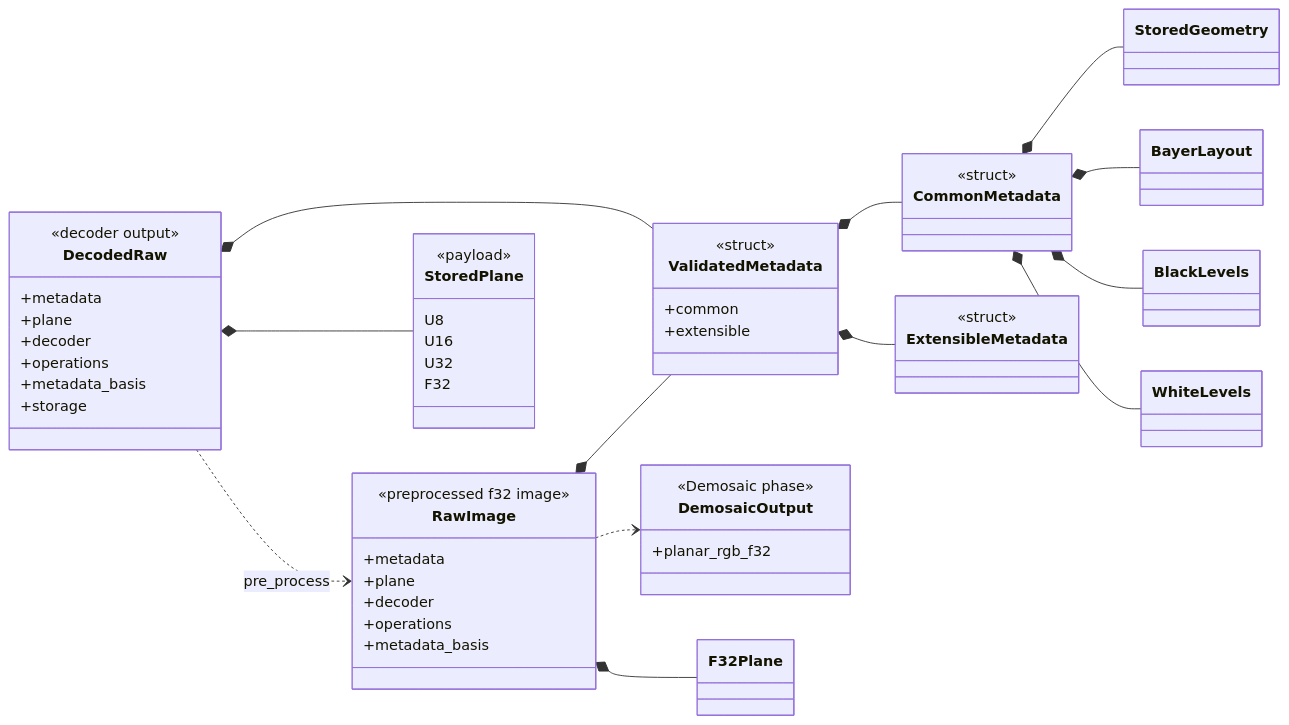
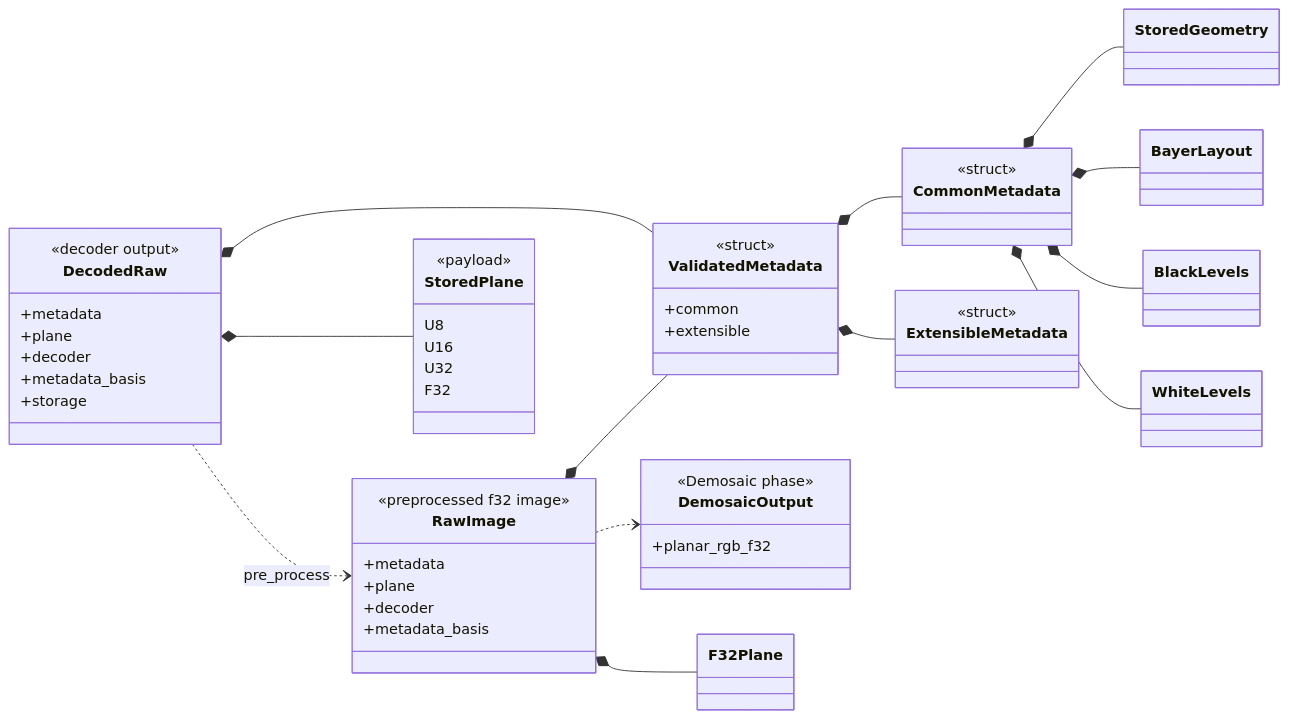
The diagram in docs/raw-pipeline/raw-image-struct.md (Glatzel/fornax), drawn with Mermaid before and after one commit. The commit also changed other lines of this file and 5 other files, not shown here.

````diff
--- a/docs/raw-pipeline/raw-image-struct.md
+++ b/docs/raw-pipeline/raw-image-struct.md
@@ -9,60 +9,58 @@
 ```mermaid
 classDiagram
     direction LR
     class DecodedRaw {
         <<decoder output>>
         +metadata
         +plane
         +decoder
-        +operations
         +metadata_basis
         +storage
     }
     class RawImage {
         <<preprocessed f32 image>>
         +metadata
         +plane
         +decoder
-        +operations
         +metadata_basis
     }
     class ValidatedMetadata {
         <<struct>>
         +common
         +extensible
     }
     class CommonMetadata {
         <<struct>>
     }
     class ExtensibleMetadata {
         <<struct>>
     }
     class StoredGeometry
     class BayerLayout
     class BlackLevels
     class WhiteLevels
     class StoredPlane {
         <<payload>>
         U8
         U16
         U32
         F32
     }
     class DemosaicOutput {
         <<Demosaic phase>>
         +planar_rgb_f32
     }
 
     DecodedRaw *-- ValidatedMetadata
     DecodedRaw *-- StoredPlane
     RawImage *-- ValidatedMetadata
     RawImage *-- F32Plane
     ValidatedMetadata *-- CommonMetadata
     ValidatedMetadata *-- ExtensibleMetadata
     CommonMetadata *-- StoredGeometry
     CommonMetadata *-- BayerLayout
     CommonMetadata *-- BlackLevels
     CommonMetadata *-- WhiteLevels
     DecodedRaw ..> RawImage : pre_process
     RawImage ..> DemosaicOutput
 ```
````
